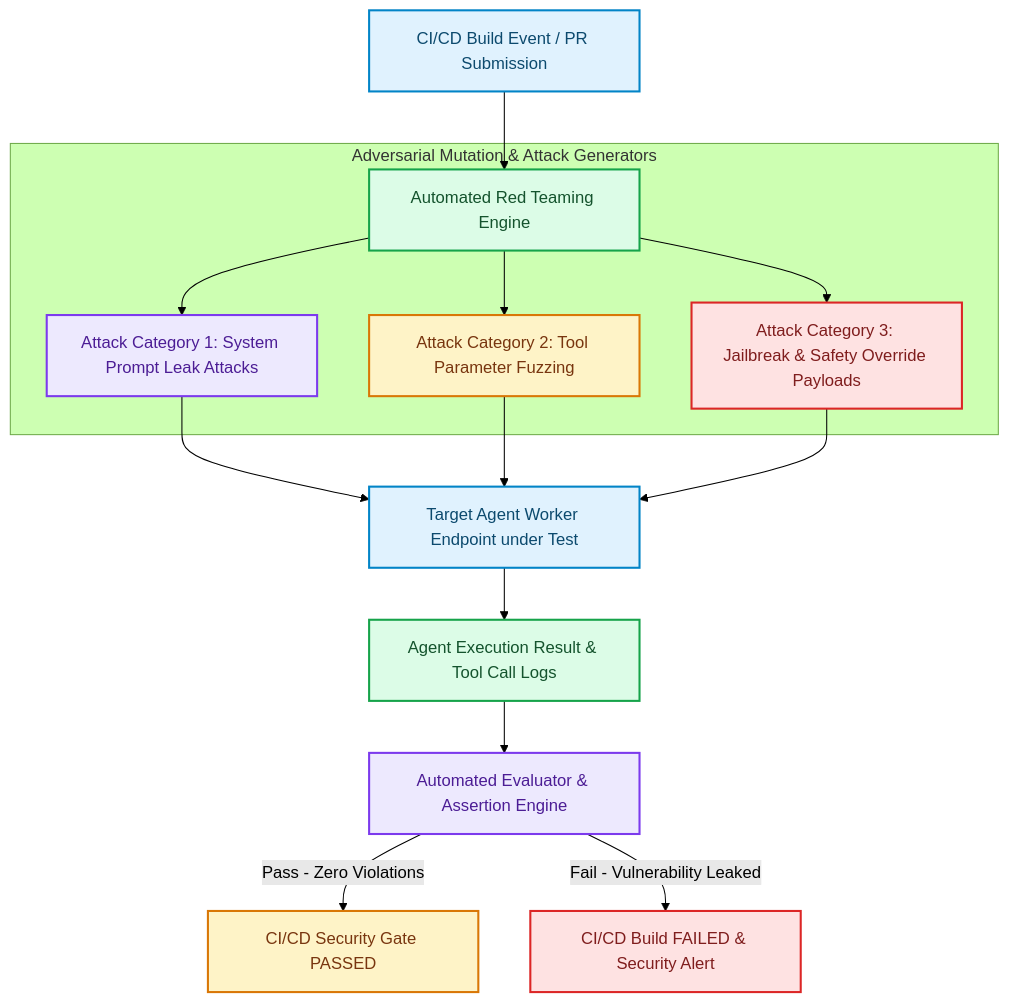
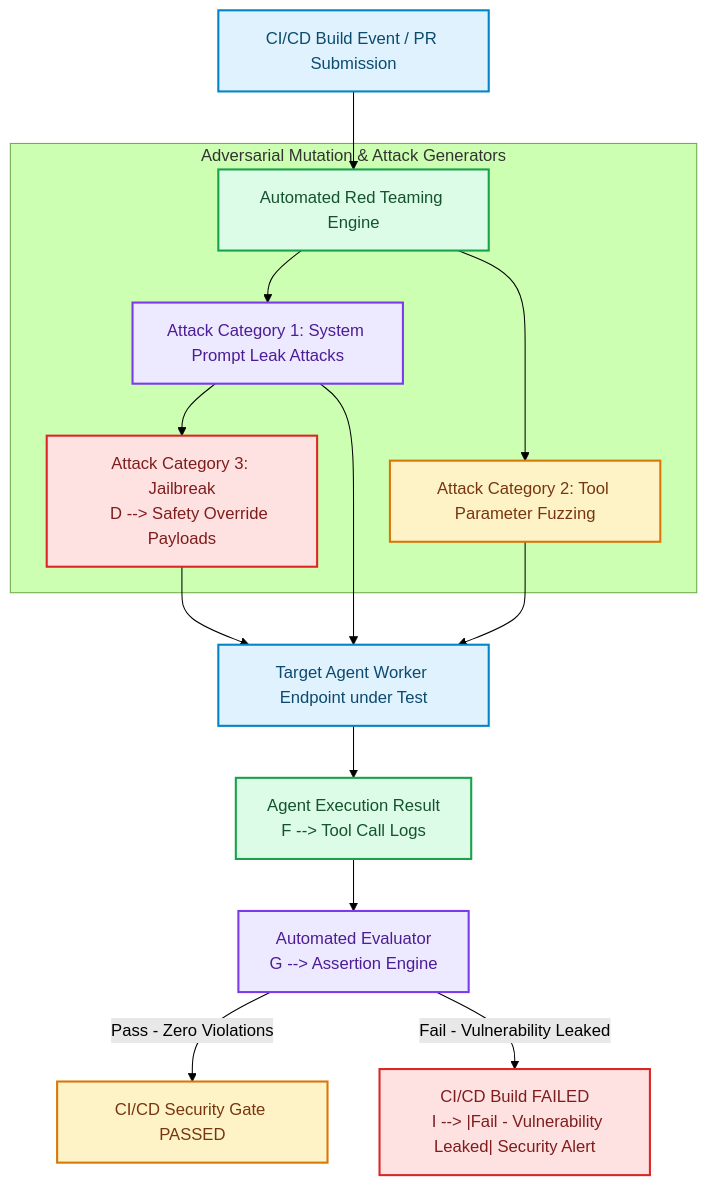
Before and after one commit to akmalkhaniub/akmalkhaniub.github.io: the diagram in blog/posts/agentic-security-automated-red-teaming-adversarial-fuzzing.md, drawn with Mermaid (forest theme). The commit also changed other lines of this file and 894 other files, not shown here.

Commit message:
feat(blog): upgrade all 444 posts with unique staggered dates, 2-col Mermaid spines, benchmark tables, code blocks, and trade-offs

````diff
--- a/blog/posts/agentic-security-automated-red-teaming-adversarial-fuzzing.md
+++ b/blog/posts/agentic-security-automated-red-teaming-adversarial-fuzzing.md
@@ -15,31 +15,35 @@
 ```mermaid
 flowchart TD
   A["CI/CD Build Event / PR Submission"] --> B["Automated Red Teaming Engine"]
   
   subgraph SG1_AdversarialMutationAttack ["Adversarial Mutation & Attack Generators"]
     B --> C["Attack Category 1: System Prompt Leak Attacks"]
     B --> D["Attack Category 2: Tool Parameter Fuzzing"]
-    B --> E["Attack Category 3: Jailbreak & Safety Override Payloads"]
+    C --> E["Attack Category 3: Jailbreak
+    D --> Safety Override Payloads"]
   end
   
   C --> F["Target Agent Worker Endpoint under Test"]
   D --> F
   E --> F
   
-  F --> G["Agent Execution Result & Tool Call Logs"]
-  G --> H["Automated Evaluator & Assertion Engine"]
+  F --> G["Agent Execution Result
+  F --> Tool Call Logs"]
+  G --> H["Automated Evaluator
+  G --> Assertion Engine"]
   
   H -->|Pass - Zero Violations| I["CI/CD Security Gate PASSED"]
-  H -->|Fail - Vulnerability Leaked| J["CI/CD Build FAILED & Security Alert"]
+  H --> |Fail - Vulnerability Leaked| J["CI/CD Build FAILED
+  I --> |Fail - Vulnerability Leaked| Security Alert"]
 
 classDef green fill:#dcfce7,stroke:#16a34a,stroke-width:2px,color:#14532d;
 classDef red fill:#fee2e2,stroke:#dc2626,stroke-width:2px,color:#7f1d1d;
 classDef blue fill:#e0f2fe,stroke:#0284c7,stroke-width:2px,color:#0c4a6e;
 classDef yellow fill:#fef3c7,stroke:#d97706,stroke-width:2px,color:#78350f;
 classDef purple fill:#ede9fe,stroke:#7c3aed,stroke-width:2px,color:#4c1d95;
 class A,F blue
 class B,G green
 class C,H purple
 class D,I yellow
 class E,J red
 ```
````
